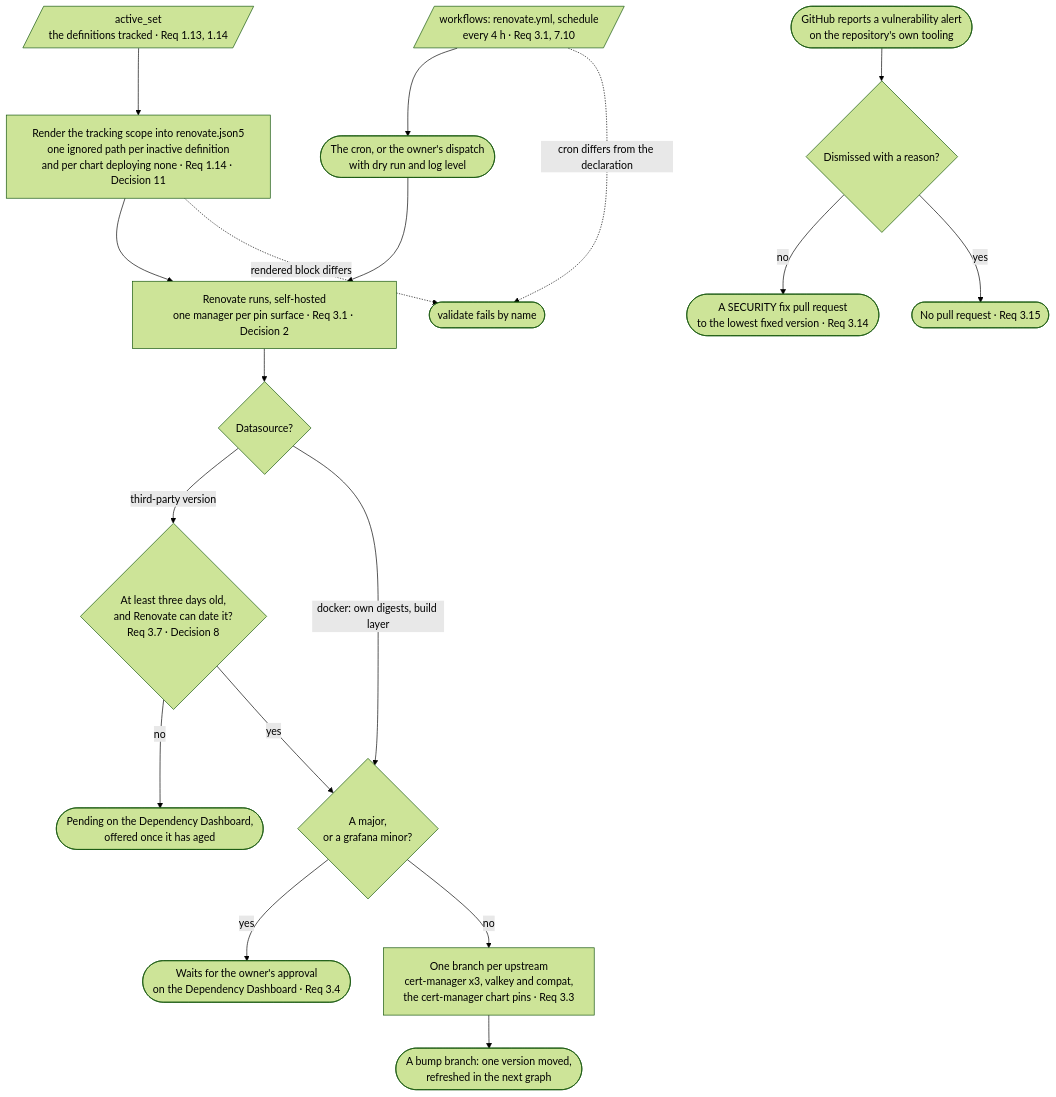
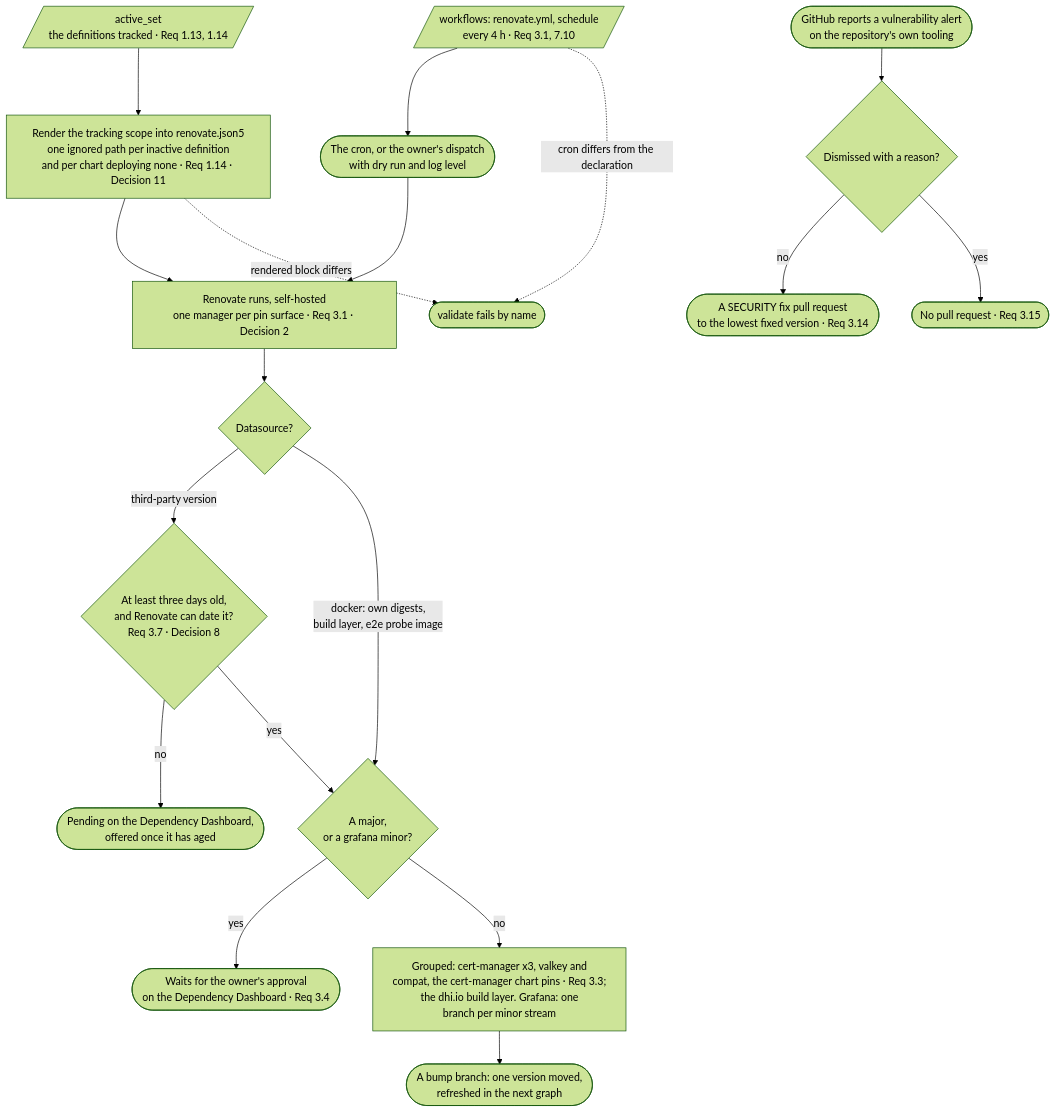
One commit to mm-weber/dhc-pipeline changed the second of 31 diagrams in docs/lanes.md. Above: the diagram before and after it, drawn with Mermaid (forest theme). The commit also changed other lines of this file, not shown here.

````diff
--- a/docs/lanes.md
+++ b/docs/lanes.md
@@ -32,35 +32,35 @@
 ```mermaid
 %%{init: {"flowchart": {"wrappingWidth": 340}}}%%
 flowchart TB
     SCHED[/"workflows: renovate.yml, schedule<br/>every 4 h · Req 3.1, 7.10"/]
     SET[/"active_set<br/>the definitions tracked · Req 1.13, 1.14"/]
     RT["Render the tracking scope into renovate.json5<br/>one ignored path per inactive definition<br/>and per chart deploying none · Req 1.14 · Decision 11"]
     IN(["The cron, or the owner's dispatch<br/>with dry run and log level"])
     RUN["Renovate runs, self-hosted<br/>one manager per pin surface · Req 3.1 · Decision 2"]
     DS{"Datasource?"}
     AGE{"At least three days old,<br/>and Renovate can date it?<br/>Req 3.7 · Decision 8"}
     WAIT(["Pending on the Dependency Dashboard,<br/>offered once it has aged"])
     MAJ{"A major,<br/>or a grafana minor?"}
     DASH(["Waits for the owner's approval<br/>on the Dependency Dashboard · Req 3.4"])
-    GRP["One branch per upstream<br/>cert-manager x3, valkey and compat,<br/>the cert-manager chart pins · Req 3.3"]
+    GRP["Grouped: cert-manager x3, valkey and<br/>compat, the cert-manager chart pins · Req 3.3;<br/>the dhi.io build layer. Grafana: one<br/>branch per minor stream"]
     BR(["A bump branch: one version moved,<br/>refreshed in the next graph"])
     ALERT(["GitHub reports a vulnerability alert<br/>on the repository's own tooling"])
     DIS{"Dismissed with a reason?"}
     SEC(["A SECURITY fix pull request<br/>to the lowest fixed version · Req 3.14"])
     NOPR(["No pull request · Req 3.15"])
     LINT(["validate fails by name"])
     SCHED --> IN
     SET --> RT --> RUN
     IN --> RUN --> DS
     DS -->|third-party version| AGE
-    DS -->|docker: own digests, build layer| MAJ
+    DS -->|docker: own digests,<br/>build layer, e2e probe image| MAJ
     AGE -->|no| WAIT
     AGE -->|yes| MAJ
     MAJ -->|yes| DASH
     MAJ -->|no| GRP --> BR
     ALERT --> DIS
     DIS -->|no| SEC
     DIS -->|yes| NOPR
     SCHED -.->|cron differs from the declaration| LINT
     RT -.->|rendered block differs| LINT
 ```
````
